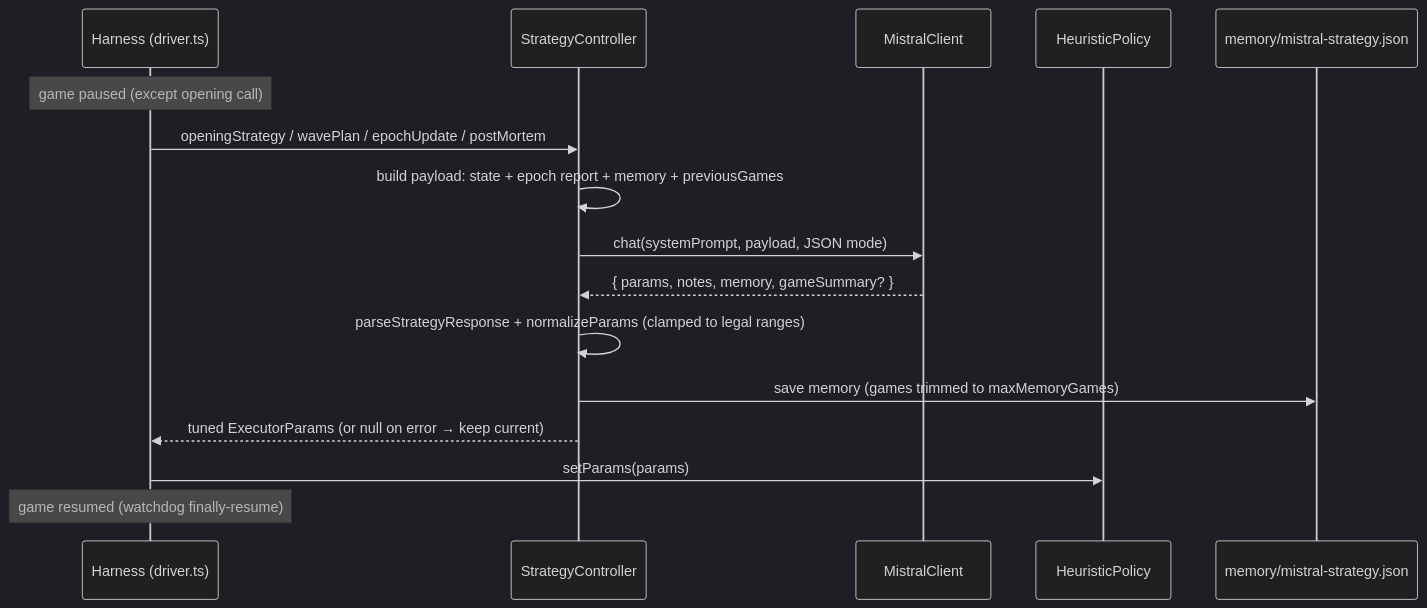
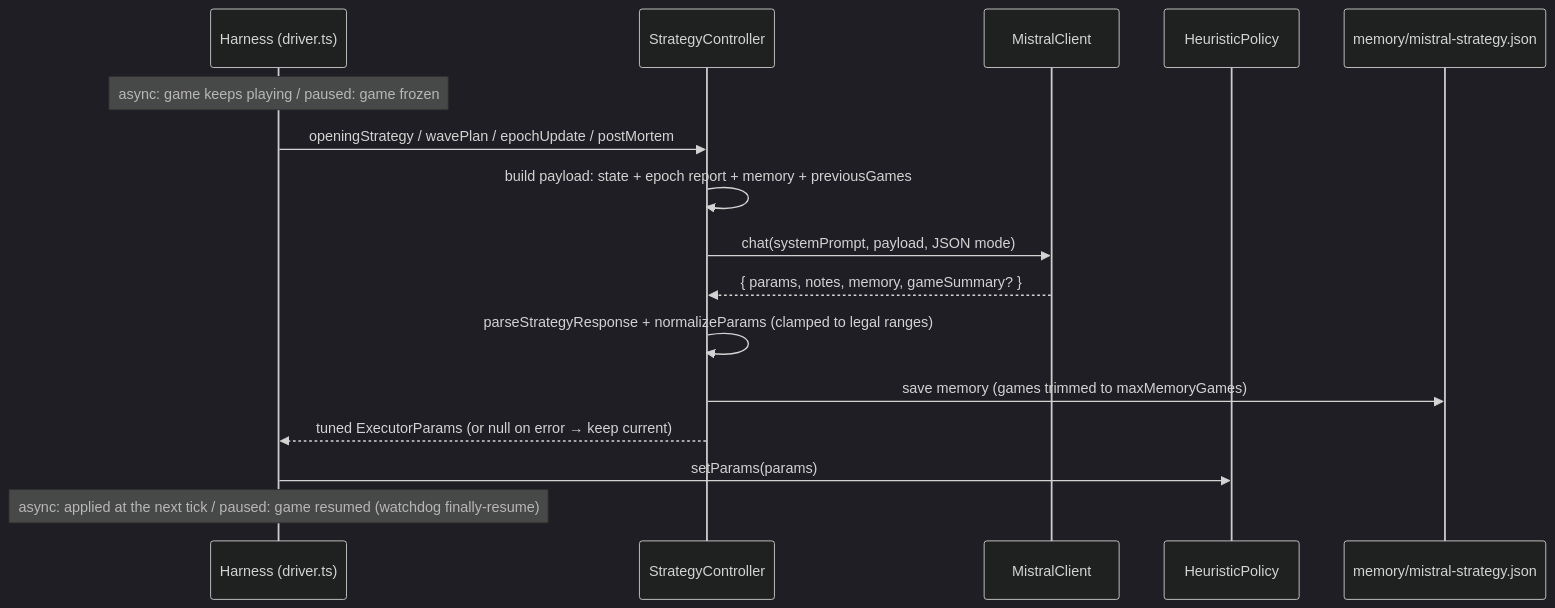
Before and after one commit to tq-bit/verminvaders: the first of 5 diagrams in DEVELOPMENT.md, drawn with Mermaid (dark theme). The commit also changed other lines of this file and 14 other files, not shown here.

````diff
--- a/DEVELOPMENT.md
+++ b/DEVELOPMENT.md
@@ -45,19 +58,19 @@
 ```mermaid
 sequenceDiagram
     participant D as Harness (driver.ts)
     participant C as StrategyController
     participant M as MistralClient
     participant P as HeuristicPolicy
     participant F as memory/mistral-strategy.json
 
-    Note over D: game paused (except opening call)
+    Note over D: async: game keeps playing / paused: game frozen
     D->>C: openingStrategy / wavePlan / epochUpdate / postMortem
     C->>C: build payload: state + epoch report + memory + previousGames
     C->>M: chat(systemPrompt, payload, JSON mode)
     M-->>C: { params, notes, memory, gameSummary? }
     C->>C: parseStrategyResponse + normalizeParams (clamped to legal ranges)
     C->>F: save memory (games trimmed to maxMemoryGames)
     C-->>D: tuned ExecutorParams (or null on error → keep current)
     D->>P: setParams(params)
-    Note over D: game resumed (watchdog finally-resume)
+    Note over D: async: applied at the next tick / paused: game resumed (watchdog finally-resume)
 ```
````
